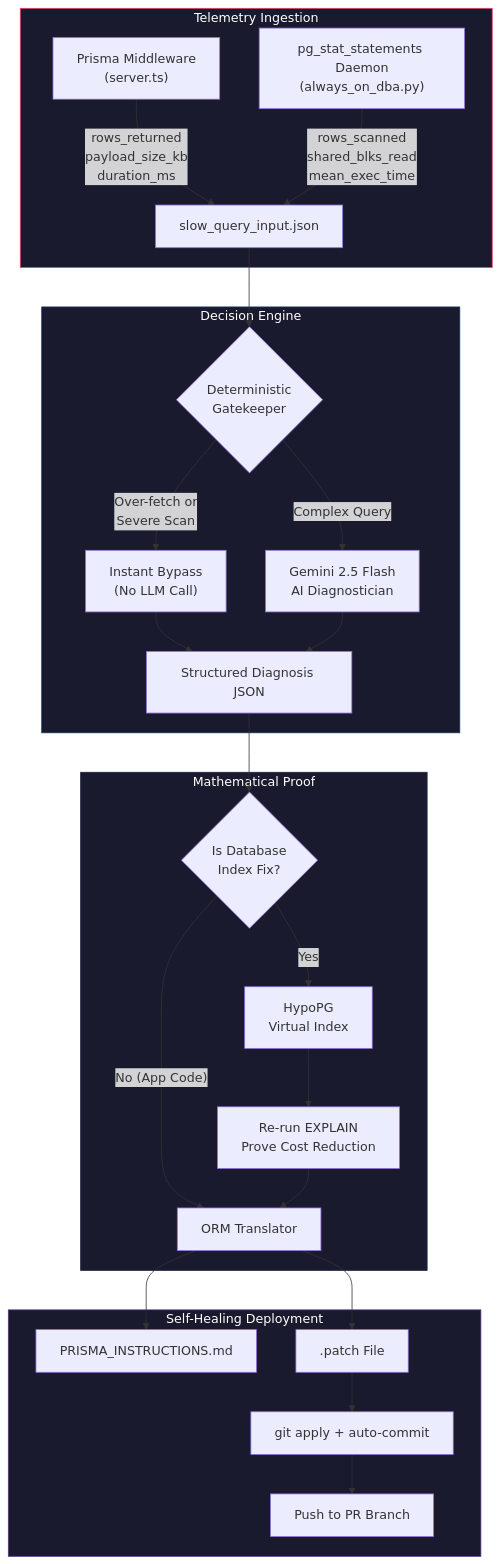
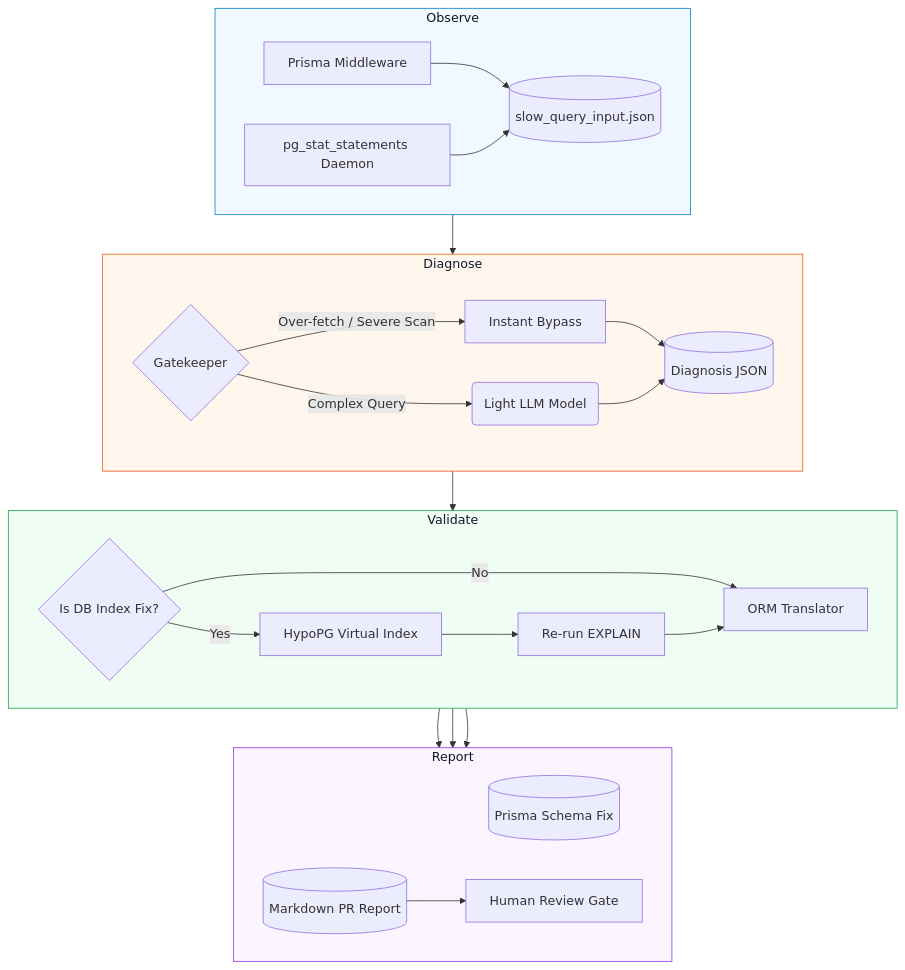
Before and after one commit to wazer24/Wrapper_anamoly-detection: the first of 4 diagrams in README.md, drawn with Mermaid. The commit also changed other lines of this file, not shown here.

````diff
--- a/README.md
+++ b/README.md
@@ -9,35 +9,45 @@
 ```mermaid
 flowchart TB
-    subgraph INGESTION["Telemetry Ingestion"]
-        A["Prisma Middleware\n(server.ts)"] -->|"rows_returned\npayload_size_kb\nduration_ms"| C["slow_query_input.json"]
-        B["pg_stat_statements Daemon\n(always_on_dba.py)"] -->|"rows_scanned\nshared_blks_read\nmean_exec_time"| C
+    subgraph OBSERVE["Observe"]
+        direction LR
+        A[Prisma Middleware] --> C[(slow_query_input.json)]
+        B[pg_stat_statements Daemon] --> C
     end
 
-    subgraph BRAIN["Decision Engine"]
-        C --> D{"Deterministic\nGatekeeper"}
-        D -->|"Over-fetch or\nSevere Scan"| E["Instant Bypass\n(No LLM Call)"]
-        D -->|"Complex Query"| F["Gemini 2.5 Flash\nAI Diagnostician"]
-        E --> G["Structured Diagnosis JSON"]
+    subgraph DIAGNOSE["Diagnose"]
+        direction LR
+        D{Gatekeeper}
+        D -->|Over-fetch / Severe Scan| E[Instant Bypass]
+        D -->|Complex Query| F(Light LLM Model)
+        E --> G[(Diagnosis JSON)]
         F --> G
     end
 
-    subgraph PROOF["Mathematical Proof"]
-        G --> H{"Is Database\nIndex Fix?"}
-        H -->|"Yes"| I["HypoPG\nVirtual Index"]
-        I --> J["Re-run EXPLAIN\nProve Cost Reduction"]
-        H -->|"No (App Code)"| K["ORM Translator"]
+    subgraph VALIDATE["Validate"]
+        direction LR
+        H{Is DB Index Fix?}
+        H -->|Yes| I[HypoPG Virtual Index]
+        I --> J[Re-run EXPLAIN]
+        H -->|No| K[ORM Translator]
         J --> K
     end
 
-    subgraph DEPLOY["Self-Healing Deployment"]
-        K --> L["PRISMA_INSTRUCTIONS.md"]
-        K --> M[".patch File"]
-        M --> N["git apply + auto-commit"]
-        N --> O["Push to PR Branch"]
+    subgraph REPORT["Report"]
+        direction LR
+        L[(Prisma Schema Fix)]
+        M[(Markdown PR Report)]
+        N[Human Review Gate]
     end
 
-    style INGESTION fill:#1a1a2e,stroke:#e94560,color:#fff
-    style BRAIN fill:#1a1a2e,stroke:#0f3460,color:#fff
-    style PROOF fill:#1a1a2e,stroke:#16213e,color:#fff
-    style DEPLOY fill:#1a1a2e,stroke:#533483,color:#fff
+    OBSERVE --> DIAGNOSE
+    DIAGNOSE --> VALIDATE
+    VALIDATE --> REPORT
+    K --> L
+    K --> M
+    M --> N
+
+    style OBSERVE fill:#f0f9ff,stroke:#0284c7,color:#0f172a
+    style DIAGNOSE fill:#fff7ed,stroke:#ea580c,color:#0f172a
+    style VALIDATE fill:#f0fdf4,stroke:#16a34a,color:#0f172a
+    style REPORT fill:#faf5ff,stroke:#9333ea,color:#0f172a
 ```
````
